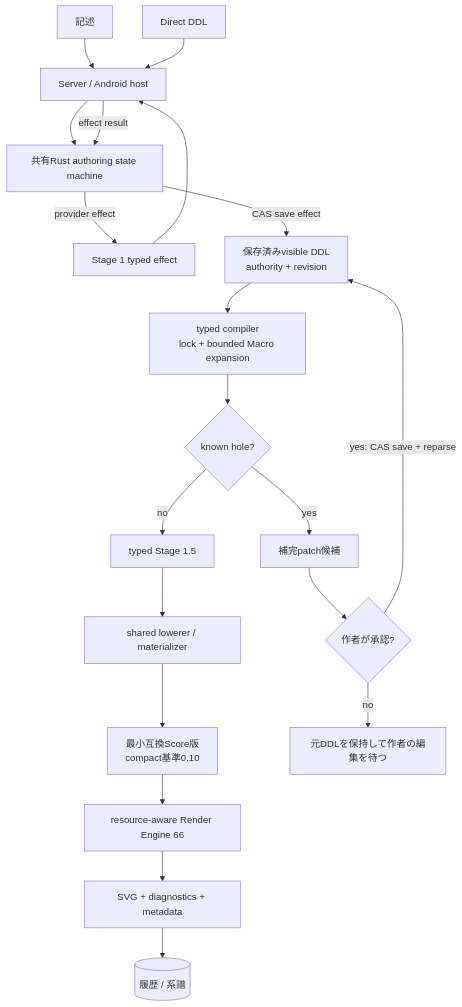
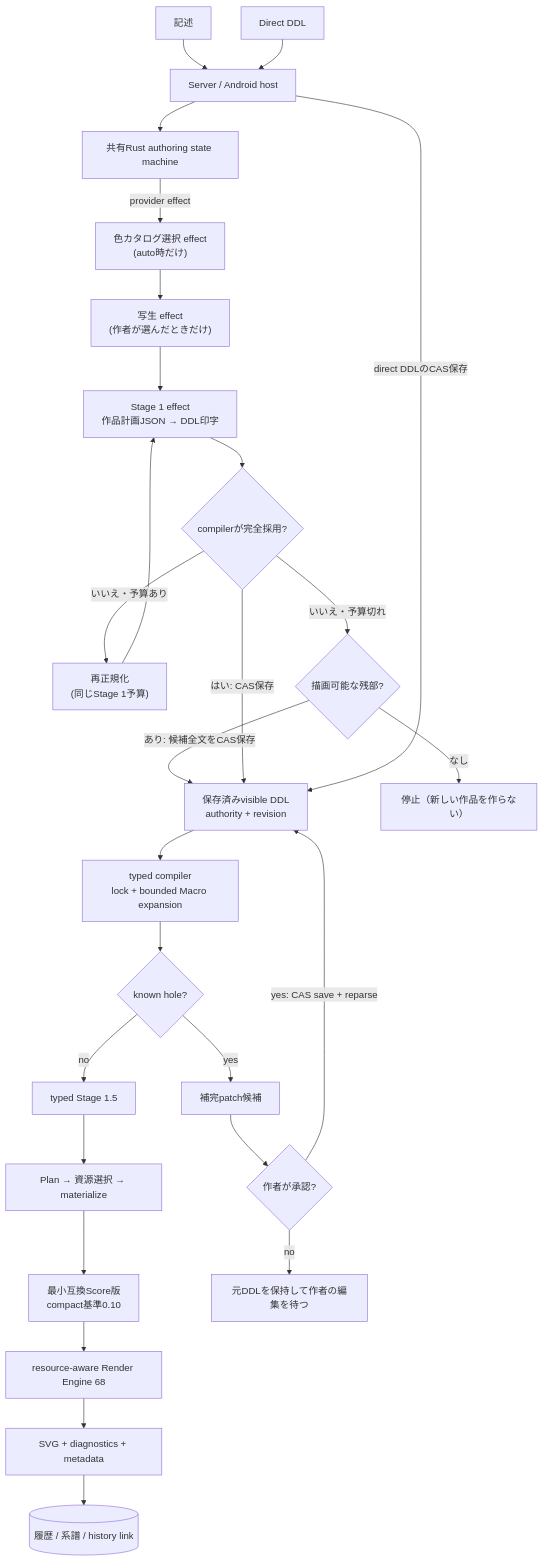
Before and after one commit to oikawas/inku-lang: the first of 2 diagrams in docs/architecture/ddl-processing-pipeline.ja.md, drawn with Mermaid. The commit also changed other lines of this file and 27 other files, not shown here.

First line of the commit message:
Update architecture documents for the shared Rust pipeline

````diff
--- a/docs/architecture/ddl-processing-pipeline.ja.md
+++ b/docs/architecture/ddl-processing-pipeline.ja.md
@@ -24,30 +27,41 @@
 ```mermaid
 flowchart TD
     DESC["記述"]
     DIRECT["Direct DDL"]
     HOST["Server / Android host"]
     CORE["共有Rust authoring state machine"]
-    S1["Stage 1 typed effect"]
+    CATALOG["色カタログ選択 effect\n(auto時だけ)"]
+    SKETCH["写生 effect\n(作者が選んだときだけ)"]
+    S1["Stage 1 effect\n作品計画JSON → DDL印字"]
+    FIT{"compilerが完全採用?"}
+    RETRY["再正規化\n(同じStage 1予算)"]
+    RESIDUAL{"描画可能な残部?"}
     DDL["保存済みvisible DDL\nauthority + revision"]
     COMPILER["typed compiler\nlock + bounded Macro expansion"]
     HOLE{"known hole?"}
     PROPOSAL["補完patch候補"]
     APPROVAL{"作者が承認?"}
     S15["typed Stage 1.5"]
-    LOWER["shared lowerer / materializer"]
+    LOWER["Plan → 資源選択 → materialize"]
     SCORE["最小互換Score版\ncompact基準0.10"]
-    RENDER["resource-aware Render Engine 66"]
+    RENDER["resource-aware Render Engine 68"]
     SVG["SVG + diagnostics + metadata"]
-    HISTORY[("履歴 / 系譜")]
+    HISTORY[("履歴 / 系譜 / history link")]
+    FAIL["停止（新しい作品を作らない）"]
 
     DESC --> HOST --> CORE
-    CORE -->|"provider effect"| S1 --> HOST
-    HOST -->|"effect result"| CORE
+    CORE -->|"provider effect"| CATALOG --> SKETCH --> S1
+    S1 --> FIT
+    FIT -->|"いいえ・予算あり"| RETRY --> S1
+    FIT -->|"いいえ・予算切れ"| RESIDUAL
+    RESIDUAL -->|"なし"| FAIL
+    RESIDUAL -->|"あり: 候補全文をCAS保存"| DDL
+    FIT -->|"はい: CAS保存"| DDL
     DIRECT --> HOST
-    CORE -->|"CAS save effect"| DDL
+    HOST -->|"direct DDLのCAS保存"| DDL
     DDL --> COMPILER --> HOLE
     HOLE -->|"yes"| PROPOSAL --> APPROVAL
     APPROVAL -->|"yes: CAS save + reparse"| DDL
     APPROVAL -->|"no"| EDIT["元DDLを保持して作者の編集を待つ"]
     HOLE -->|"no"| S15 --> LOWER --> SCORE --> RENDER --> SVG --> HISTORY
 ```
````
